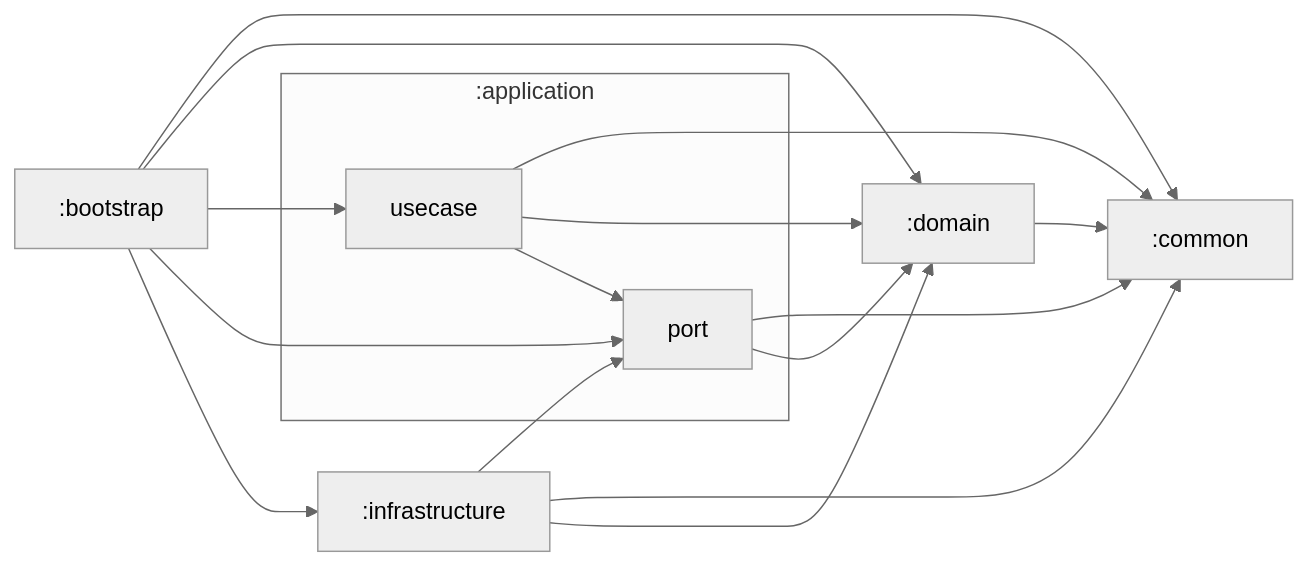
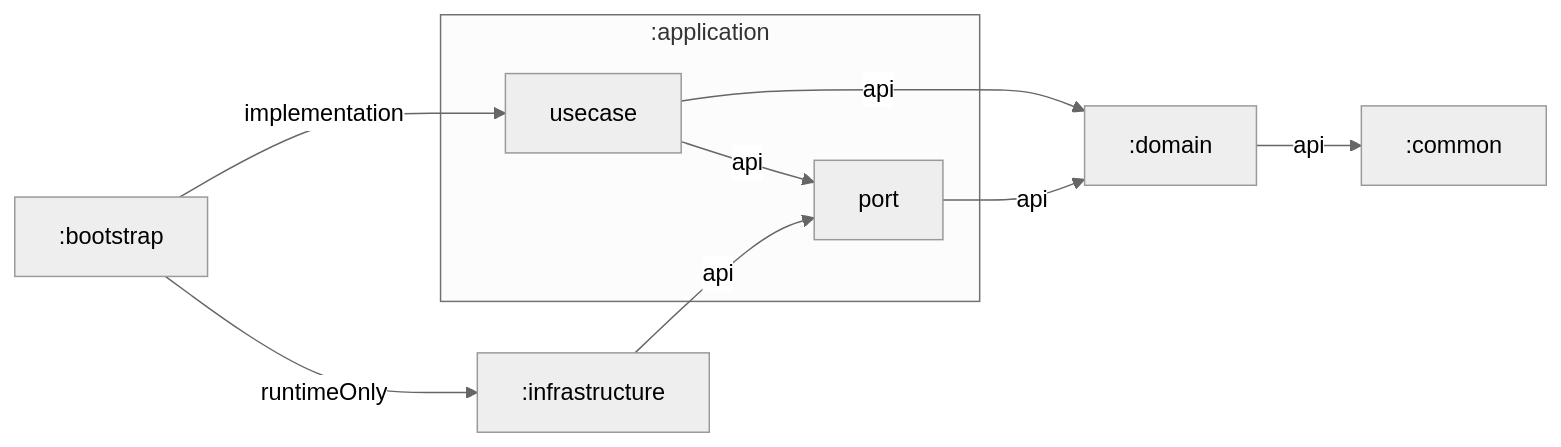
One commit to jincrates/coffeedia changed the diagram in backend/README.md. Above: the diagram before and after it, drawn with Mermaid. The commit also changed other lines of this file and 8 other files, not shown here.

````diff
--- a/backend/README.md
+++ b/backend/README.md
@@ -6,27 +19,20 @@
 ```mermaid
 %%{
   init: {
     'theme': 'neutral'
   }
 }%%
 
 graph LR
   subgraph :application
     :application:port["port"]
     :application:usecase["usecase"]
   end
-  :application:port --> :common
-  :application:port --> :domain
-  :infrastructure --> :common
-  :infrastructure --> :domain
-  :infrastructure --> :application:port
-  :domain --> :common
-  :bootstrap --> :common
-  :bootstrap --> :domain
-  :bootstrap --> :application:usecase
-  :bootstrap --> :application:port
-  :bootstrap --> :infrastructure
-  :application:usecase --> :common
-  :application:usecase --> :domain
-  :application:usecase --> :application:port
+  :domain -->|api| :common
+  :infrastructure -->|api| :application:port
+  :bootstrap -->|implementation| :application:usecase
+  :bootstrap -->|runtimeOnly| :infrastructure
+  :application:usecase -->|api| :domain
+  :application:usecase -->|api| :application:port
+  :application:port -->|api| :domain
 ```
````
